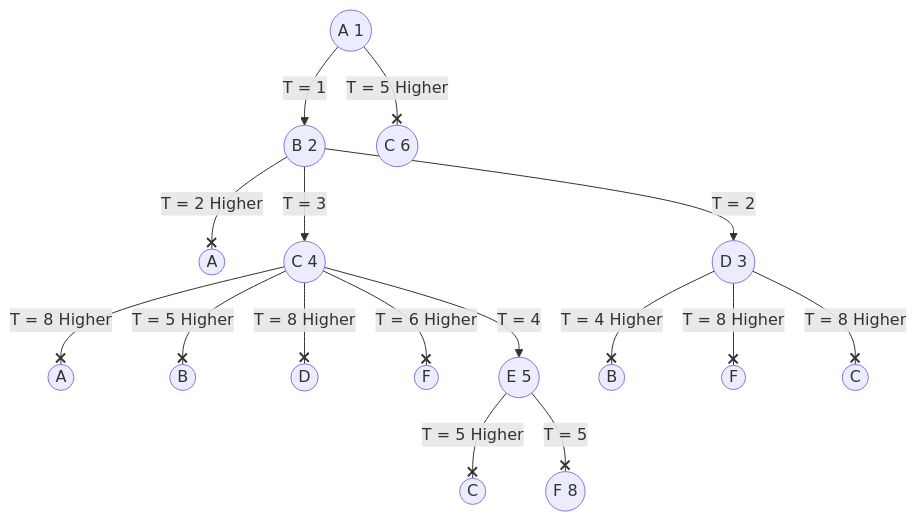
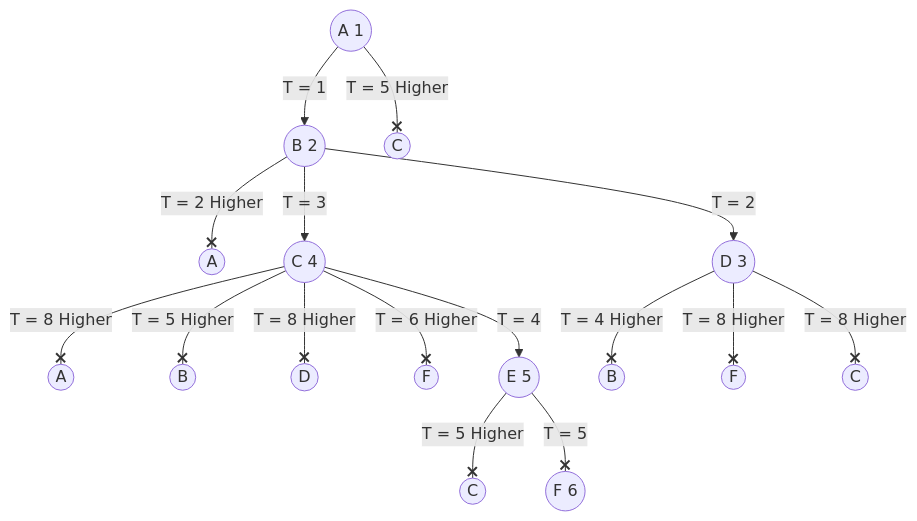
Before and after one commit to HTsuyoshi/usp: the eighth of 8 diagrams in IA/Lista2/busca-cega.md, drawn with Mermaid.

Commit message:
doc(IA): typo `Lista 2`

````diff
--- a/IA/Lista2/busca-cega.md
+++ b/IA/Lista2/busca-cega.md
@@ -97,18 +97,18 @@
 ```mermaid
 	flowchart TD
 		AR1((A 1)) -->|T = 1| BR2((B 2))
 		BR2 --x|T = 2 Higher| AR3((A))
 		BR2 -->|T = 3| CR3((C 4))
 		CR3 --x|T = 8 Higher| AR4((A))
 		CR3 --x|T = 5 Higher| BR4((B))
 		CR3 --x|T = 8 Higher| DR4((D))
 		CR3 --x|T = 6 Higher| FR4((F))
 		CR3 -->|T = 4| ER4((E 5))
 		ER4 --x|T = 5 Higher| CR51((C))
-		ER4 --x|T = 5| FR5((F 8))
+		ER4 --x|T = 5| FR5((F 6))
 		BR2 -->|T = 2| DR3((D 3))
 		DR3 --x|T = 4 Higher| BR41((B))
 		DR3 --x|T = 8 Higher| FR41((F))
 		DR3 --x|T = 8 Higher| CR4((C))
-		AR1 --x|T = 5 Higher| CR2((C 6))
+		AR1 --x|T = 5 Higher| CR2((C))
 ```
````
